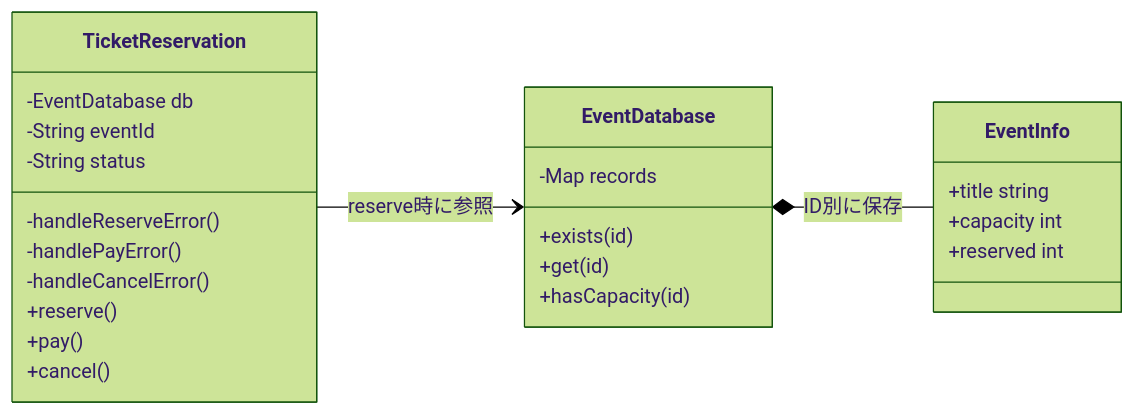
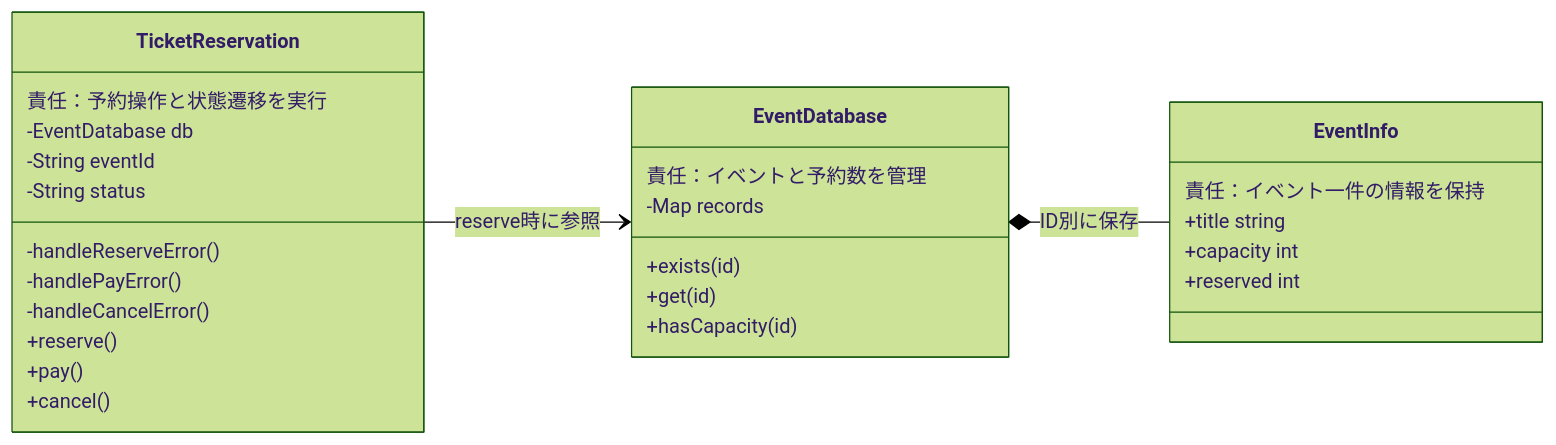
The fifth of 26 diagrams in kindle/design-patterns/books/volume01-core-patterns/output/04-chapter02.md (kumachan1101-pixel/DesignPattern), drawn with Mermaid (forest theme) before and after one commit. The commit also changed other lines of this file and 12 other files, not shown here.

````diff
--- a/kindle/design-patterns/books/volume01-core-patterns/output/04-chapter02.md
+++ b/kindle/design-patterns/books/volume01-core-patterns/output/04-chapter02.md
@@ -270,29 +270,32 @@
 ```mermaid
 classDiagram
     direction LR
     class EventDatabase {
+        責任：イベントと予約数を管理
         -Map records
         +exists(id)
         +get(id)
         +hasCapacity(id)
     }
     class EventInfo {
+        責任：イベント一件の情報を保持
         +title string
         +capacity int
         +reserved int
     }
     class TicketReservation {
+        責任：予約操作と状態遷移を実行
         -EventDatabase db
         -String eventId
         -String status
         -handleReserveError()
         -handlePayError()
         -handleCancelError()
         +reserve()
         +pay()
         +cancel()
     }
 
     EventDatabase *-- EventInfo : ID別に保存
     TicketReservation --> EventDatabase : reserve時に参照
 ```
````
